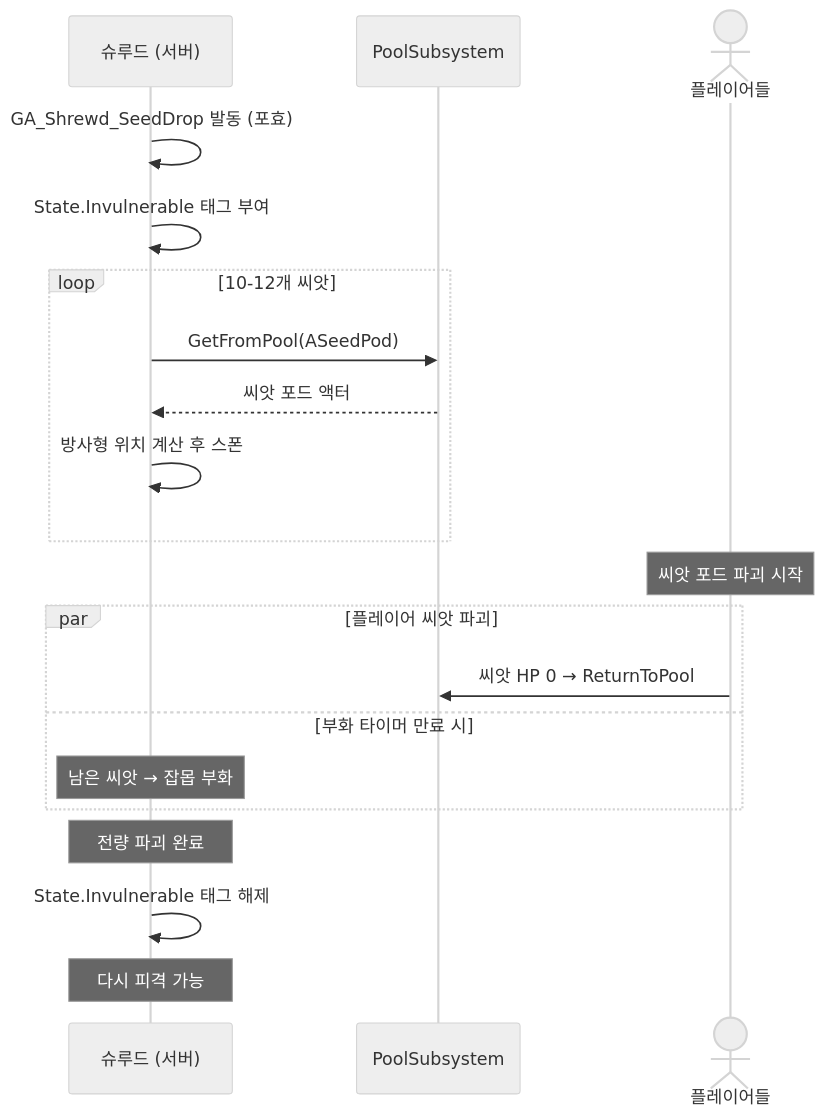
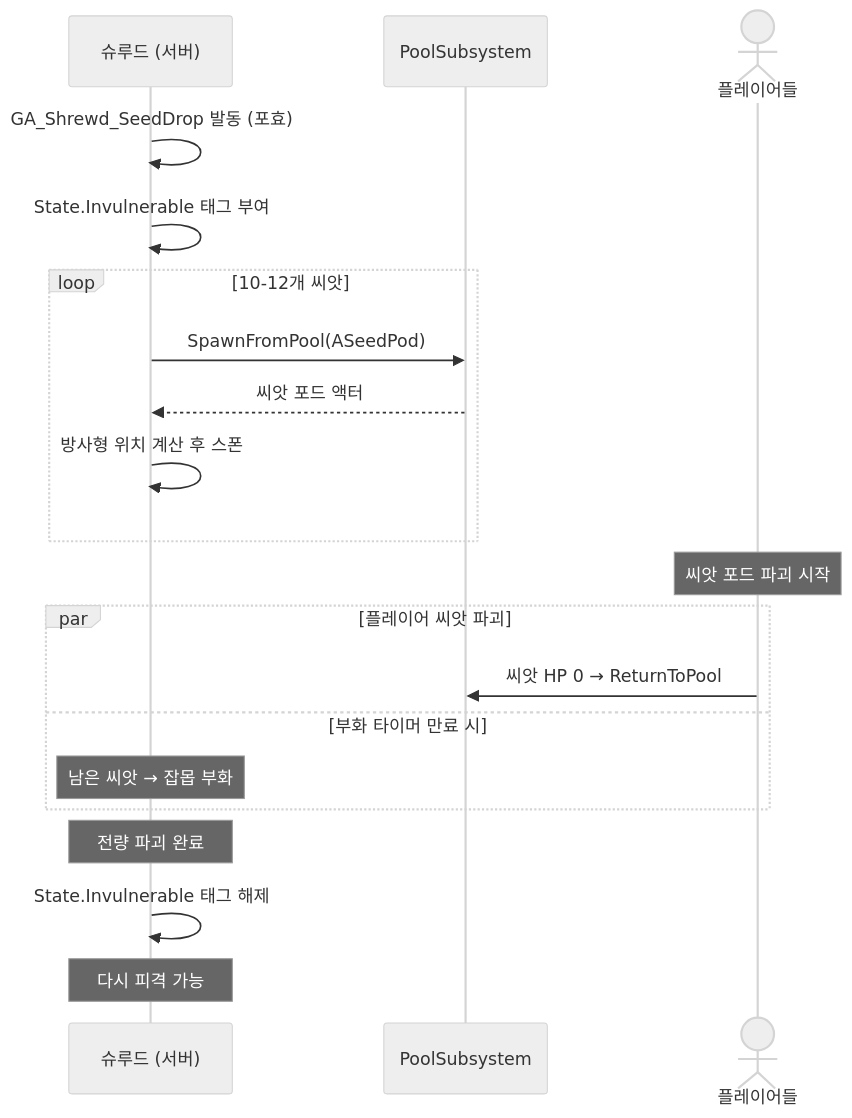
One commit to seongwon1579/ProjectBlackout changed the seventh of 14 diagrams in Docs/Project_Blackout_시퀀스다이어그램.md. Above: the diagram before and after it, drawn with Mermaid (neutral theme). The commit also changed other lines of this file and 6 other files, not shown here.

````diff
--- a/Docs/Project_Blackout_시퀀스다이어그램.md
+++ b/Docs/Project_Blackout_시퀀스다이어그램.md
@@ -199,28 +200,28 @@
 ```mermaid
 sequenceDiagram
     participant Shrewd as 슈루드 (서버)
     participant Pool as PoolSubsystem
     actor Players as 플레이어들
 
     Shrewd->>Shrewd: GA_Shrewd_SeedDrop 발동 (포효)
     Shrewd->>Shrewd: State.Invulnerable 태그 부여
 
     loop 10-12개 씨앗
-        Shrewd->>Pool: GetFromPool(ASeedPod)
+        Shrewd->>Pool: SpawnFromPool(ASeedPod)
         Pool-->>Shrewd: 씨앗 포드 액터
         Shrewd->>Shrewd: 방사형 위치 계산 후 스폰
     end
 
     Note over Players: 씨앗 포드 파괴 시작
 
     par 플레이어 씨앗 파괴
         Players->>Pool: 씨앗 HP 0 → ReturnToPool
     and 부화 타이머 만료 시
         Note over Shrewd: 남은 씨앗 → 잡몹 부화
     end
 
     Note over Shrewd: 전량 파괴 완료
 
     Shrewd->>Shrewd: State.Invulnerable 태그 해제
     Note over Shrewd: 다시 피격 가능
 ```
````
